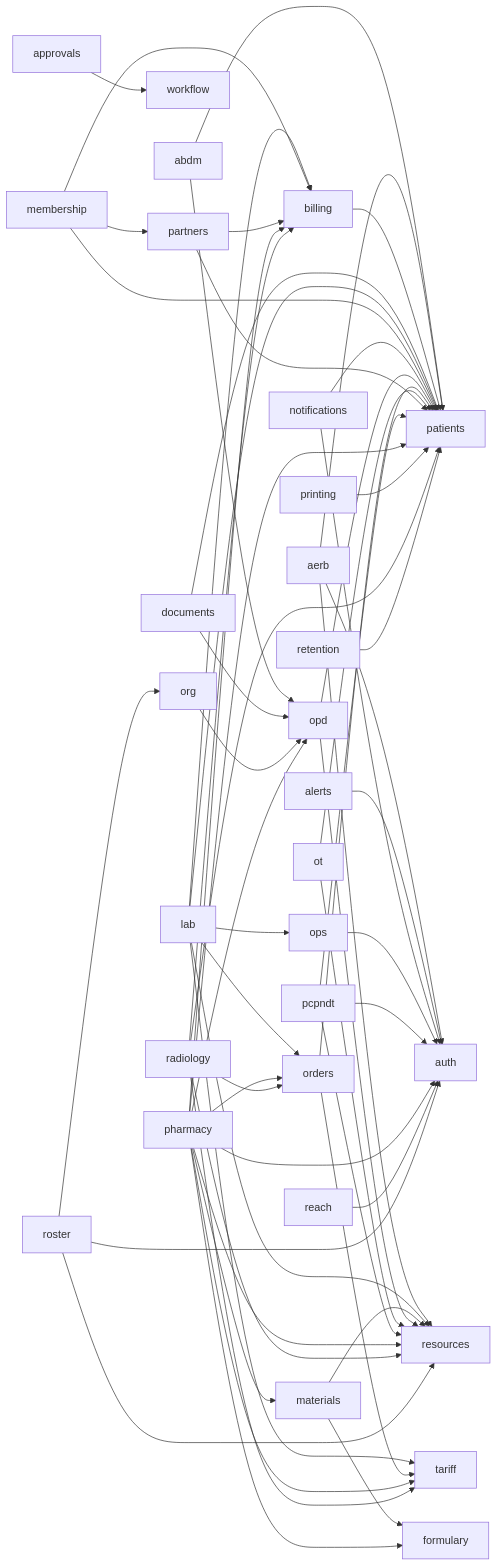
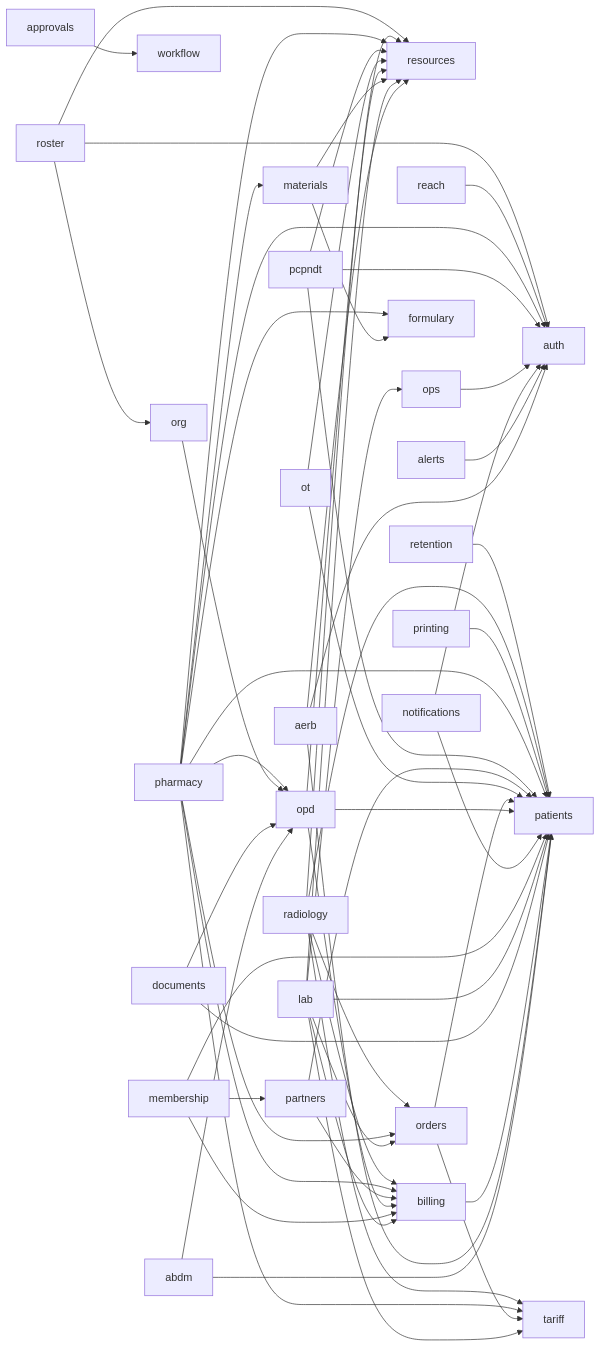
One commit to ankits3a/hims-hmis changed the diagram in docs/architecture/schema.md. Above: the diagram before and after it, drawn with Mermaid. The commit also changed 34 other files, not shown here.

First line of the commit message:
feat(opd, billing, web, mobile): tele-call slice 2 — the desk is quoted the in-person fee and takes it as one advance receipt (owner 2026-10-09)

````diff
--- a/docs/architecture/schema.md
+++ b/docs/architecture/schema.md
@@ -13,59 +13,60 @@
 ```mermaid
 flowchart LR
   abdm[abdm] --> opd[opd]
   abdm[abdm] --> patients[patients]
   aerb[aerb] --> auth[auth]
   aerb[aerb] --> patients[patients]
   aerb[aerb] --> resources[resources]
   alerts[alerts] --> auth[auth]
   approvals[approvals] --> workflow[workflow]
   billing[billing] --> patients[patients]
   documents[documents] --> opd[opd]
   documents[documents] --> patients[patients]
   lab[lab] --> billing[billing]
   lab[lab] --> ops[ops]
   lab[lab] --> orders[orders]
   lab[lab] --> patients[patients]
   lab[lab] --> resources[resources]
   lab[lab] --> tariff[tariff]
   materials[materials] --> formulary[formulary]
   materials[materials] --> resources[resources]
   membership[membership] --> billing[billing]
   membership[membership] --> partners[partners]
   membership[membership] --> patients[patients]
   notifications[notifications] --> auth[auth]
   notifications[notifications] --> patients[patients]
+  opd[opd] --> billing[billing]
   opd[opd] --> patients[patients]
   opd[opd] --> resources[resources]
   ops[ops] --> auth[auth]
   orders[orders] --> patients[patients]
   orders[orders] --> tariff[tariff]
   org[org] --> opd[opd]
   ot[ot] --> patients[patients]
   ot[ot] --> resources[resources]
   partners[partners] --> billing[billing]
   partners[partners] --> patients[patients]
   pcpndt[pcpndt] --> auth[auth]
   pcpndt[pcpndt] --> patients[patients]
   pcpndt[pcpndt] --> resources[resources]
   pharmacy[pharmacy] --> auth[auth]
   pharmacy[pharmacy] --> billing[billing]
   pharmacy[pharmacy] --> formulary[formulary]
   pharmacy[pharmacy] --> materials[materials]
   pharmacy[pharmacy] --> opd[opd]
   pharmacy[pharmacy] --> orders[orders]
   pharmacy[pharmacy] --> patients[patients]
   pharmacy[pharmacy] --> resources[resources]
   pharmacy[pharmacy] --> tariff[tariff]
   printing[printing] --> patients[patients]
   radiology[radiology] --> billing[billing]
   radiology[radiology] --> orders[orders]
   radiology[radiology] --> patients[patients]
   radiology[radiology] --> resources[resources]
   radiology[radiology] --> tariff[tariff]
   reach[reach] --> auth[auth]
   retention[retention] --> patients[patients]
   roster[roster] --> auth[auth]
   roster[roster] --> org[org]
   roster[roster] --> resources[resources]
 ```
````
